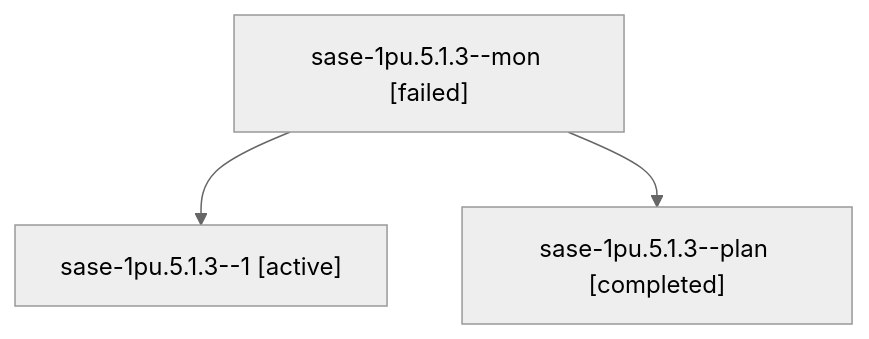
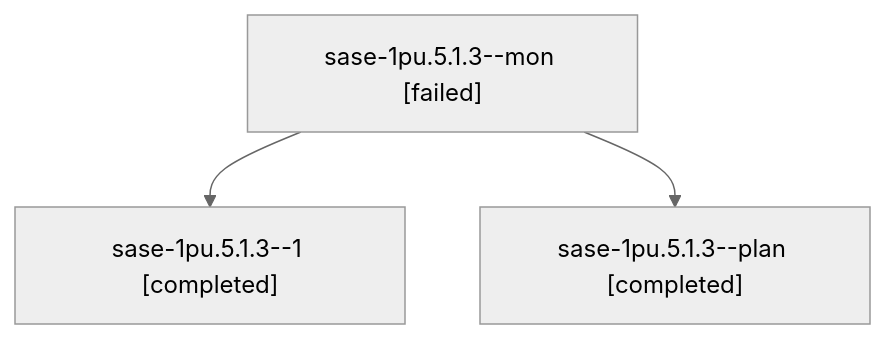
Before and after one commit to sase-org/sase--agents: the diagram in sessions/bbugyi200.athena.sase-1pu.5.1.3.md, drawn with Mermaid (neutral theme). The commit also changed other lines of this file and 67 other files, not shown here.

````diff
--- a/sessions/bbugyi200.athena.sase-1pu.5.1.3.md
+++ b/sessions/bbugyi200.athena.sase-1pu.5.1.3.md
@@ -9,8 +9,8 @@
 ```mermaid
 flowchart TD
   n0["sase-1pu.5.1.3--mon [failed]"]
-  n1["sase-1pu.5.1.3--1 [active]"]
+  n1["sase-1pu.5.1.3--1 [completed]"]
   n0 --> n1
   n2["sase-1pu.5.1.3--plan [completed]"]
   n0 --> n2
 ```
````
